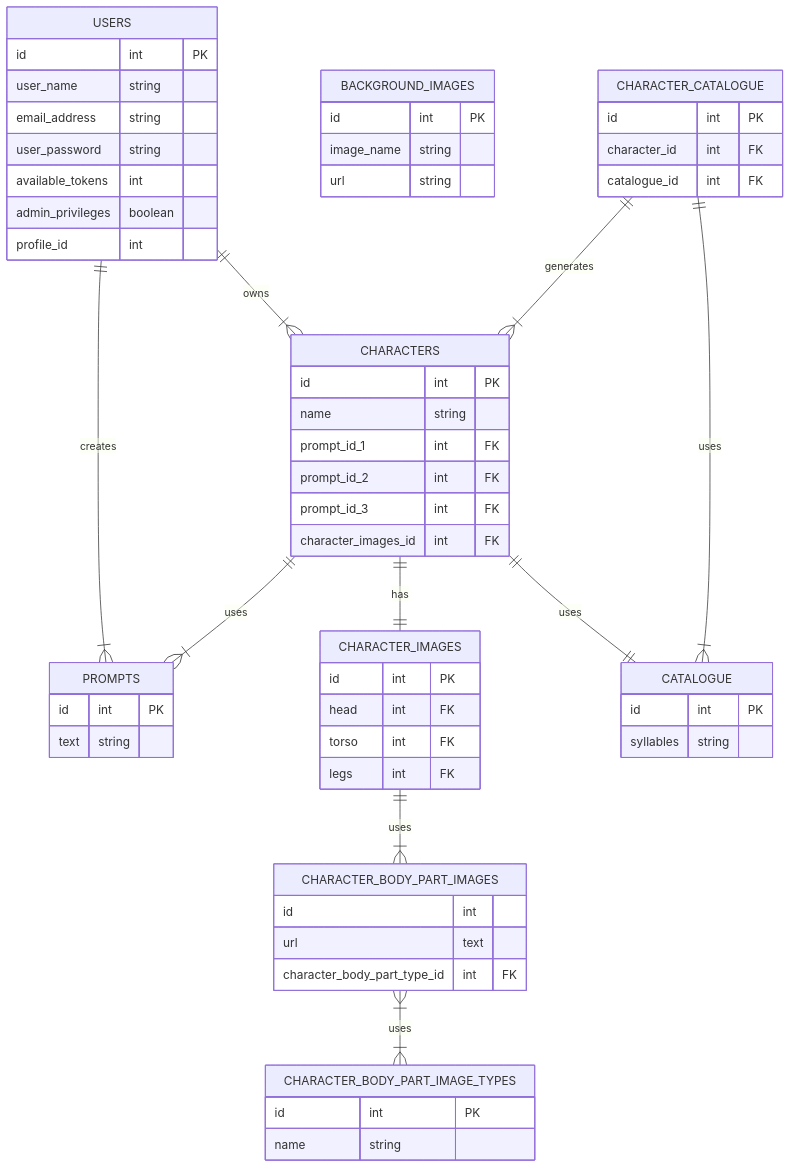
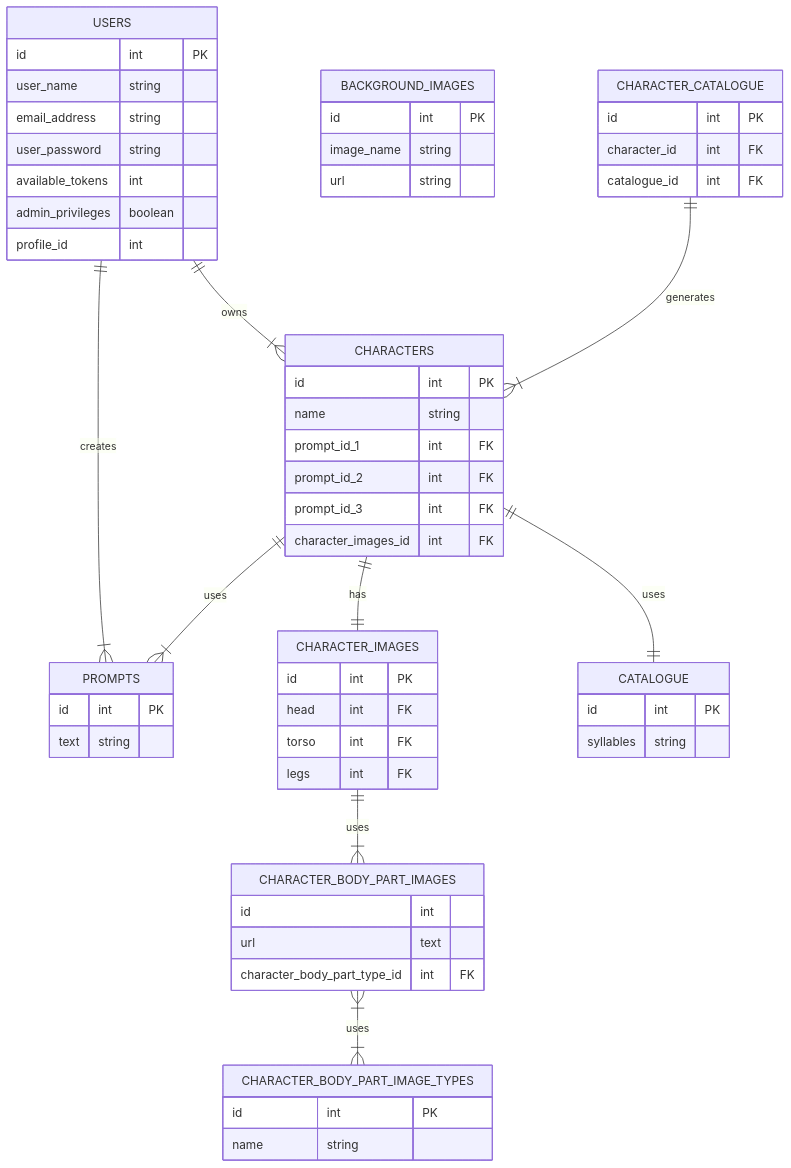
The second of 2 diagrams in README.md (Wren00/create-an-orc), drawn with Mermaid before and after one commit.

````diff
--- a/README.md
+++ b/README.md
@@ -68,64 +68,63 @@
 ```mermaid
 erDiagram
 direction TB
 USERS {
 	id int PK
 	user_name string
 	email_address string
 	user_password string
 	available_tokens int
 	admin_privileges boolean 
 	profile_id int
 }
 PROMPTS {
  	id int PK
 	text string
 }
 CHARACTERS {
  	id int PK
 	name string
 	prompt_id_1 int FK
 	prompt_id_2 int FK
 	prompt_id_3 int FK
 	character_images_id int FK
 }
 CHARACTER_IMAGES {
 	id int PK
 	head int FK
 	torso int FK
 	legs int FK
 }
 CHARACTER_BODY_PART_IMAGES {
 	id int
 	url text 
 	character_body_part_type_id int FK
 }
 CHARACTER_BODY_PART_IMAGE_TYPES {
 	id int PK
 	name string
 }
 BACKGROUND_IMAGES {
  	id int PK
 	image_name string
 	url string
 }
 CHARACTER_CATALOGUE {
 	id int PK
 	character_id int FK
 	catalogue_id int FK
 }
 CATALOGUE {
     id int PK
     syllables string
 }
 	USERS ||--|{ PROMPTS : creates
 	USERS ||--|{ CHARACTERS : owns
 	CHARACTERS ||--|{ PROMPTS : uses
 	CHARACTERS ||--|| CHARACTER_IMAGES : has
 	CHARACTERS ||--|| CATALOGUE : uses
 	CHARACTER_IMAGES ||--|{ CHARACTER_BODY_PART_IMAGES : uses
 	CHARACTER_BODY_PART_IMAGES }|--|{ CHARACTER_BODY_PART_IMAGE_TYPES : uses
 	CHARACTER_CATALOGUE ||--|{ CHARACTERS : generates
-	CHARACTER_CATALOGUE ||--|{ CATALOGUE : uses
 	
 ```
````
